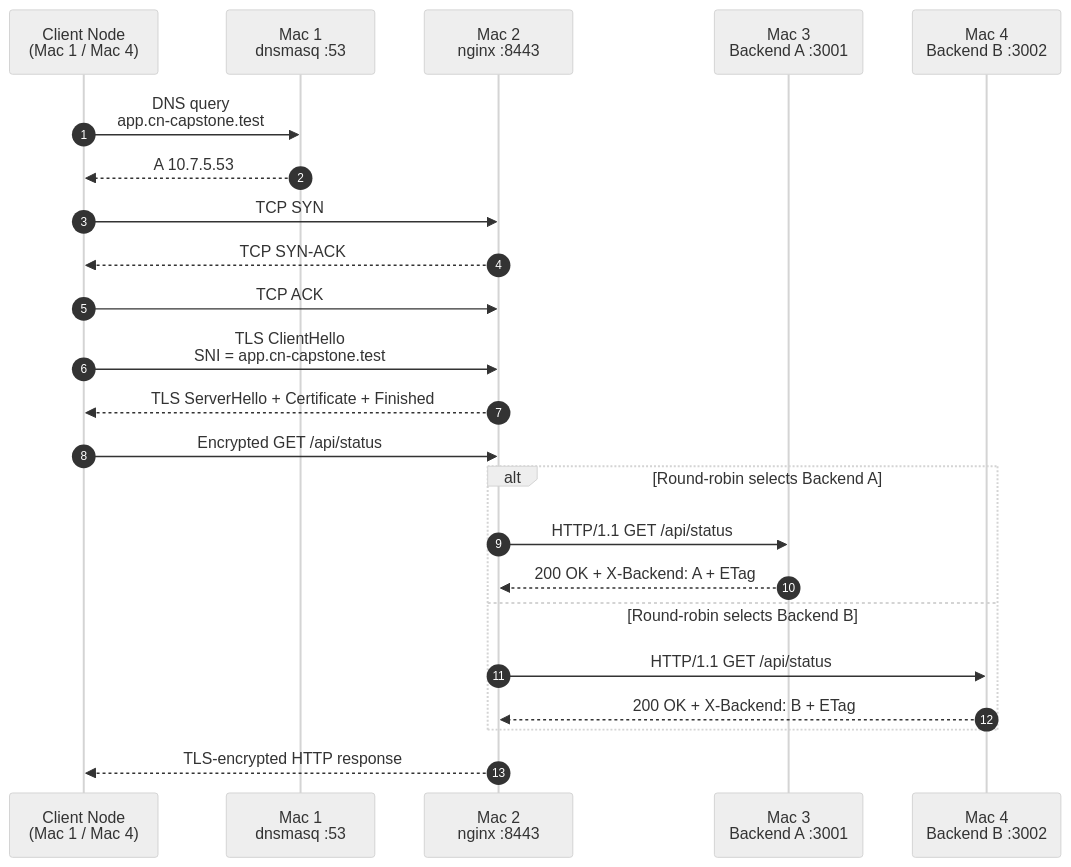
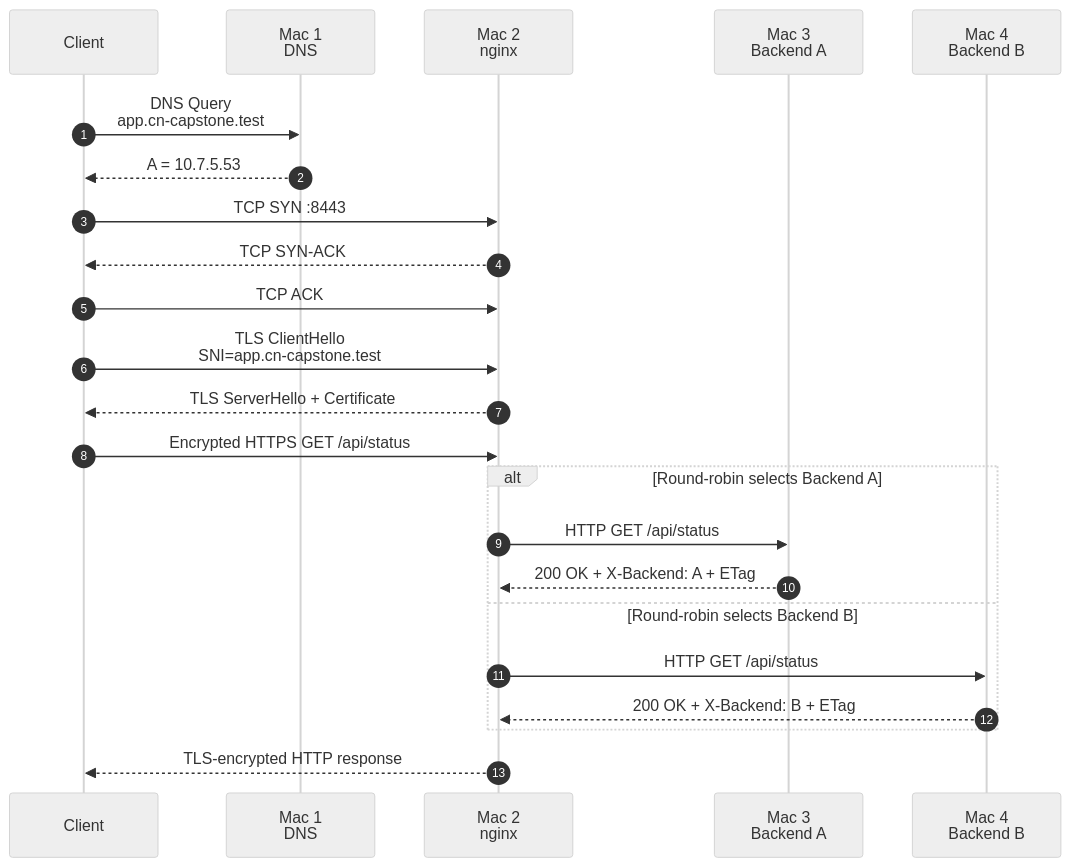
Before and after one commit to CosmicMagnetar/cn-capstone: the second of 9 diagrams in README.md, drawn with Mermaid (neutral theme). The commit also changed other lines of this file, not shown here.

````diff
--- a/README.md
+++ b/README.md
@@ -93,31 +177,32 @@
 ```mermaid
 sequenceDiagram
     autonumber
-    participant Client as Client Node<br/>(Mac 1 / Mac 4)
-    participant DNS as Mac 1<br/>dnsmasq :53
-    participant Edge as Mac 2<br/>nginx :8443
-    participant A as Mac 3<br/>Backend A :3001
-    participant B as Mac 4<br/>Backend B :3002
 
-    Client->>DNS: DNS query<br/>app.cn-capstone.test
-    DNS-->>Client: A 10.7.5.53
+    participant C as Client
+    participant D as Mac 1<br/>DNS
+    participant E as Mac 2<br/>nginx
+    participant A as Mac 3<br/>Backend A
+    participant B as Mac 4<br/>Backend B
 
-    Client->>Edge: TCP SYN
-    Edge-->>Client: TCP SYN-ACK
-    Client->>Edge: TCP ACK
+    C->>D: DNS Query<br/>app.cn-capstone.test
+    D-->>C: A = 10.7.5.53
 
-    Client->>Edge: TLS ClientHello<br/>SNI = app.cn-capstone.test
-    Edge-->>Client: TLS ServerHello + Certificate + Finished
+    C->>E: TCP SYN :8443
+    E-->>C: TCP SYN-ACK
+    C->>E: TCP ACK
 
-    Client->>Edge: Encrypted GET /api/status
+    C->>E: TLS ClientHello<br/>SNI=app.cn-capstone.test
+    E-->>C: TLS ServerHello + Certificate
+
+    C->>E: Encrypted HTTPS GET /api/status
 
     alt Round-robin selects Backend A
-        Edge->>A: HTTP/1.1 GET /api/status
-        A-->>Edge: 200 OK + X-Backend: A + ETag
+        E->>A: HTTP GET /api/status
+        A-->>E: 200 OK + X-Backend: A + ETag
     else Round-robin selects Backend B
-        Edge->>B: HTTP/1.1 GET /api/status
-        B-->>Edge: 200 OK + X-Backend: B + ETag
+        E->>B: HTTP GET /api/status
+        B-->>E: 200 OK + X-Backend: B + ETag
     end
 
-    Edge-->>Client: TLS-encrypted HTTP response
+    E-->>C: TLS-encrypted HTTP response
 ```
````
